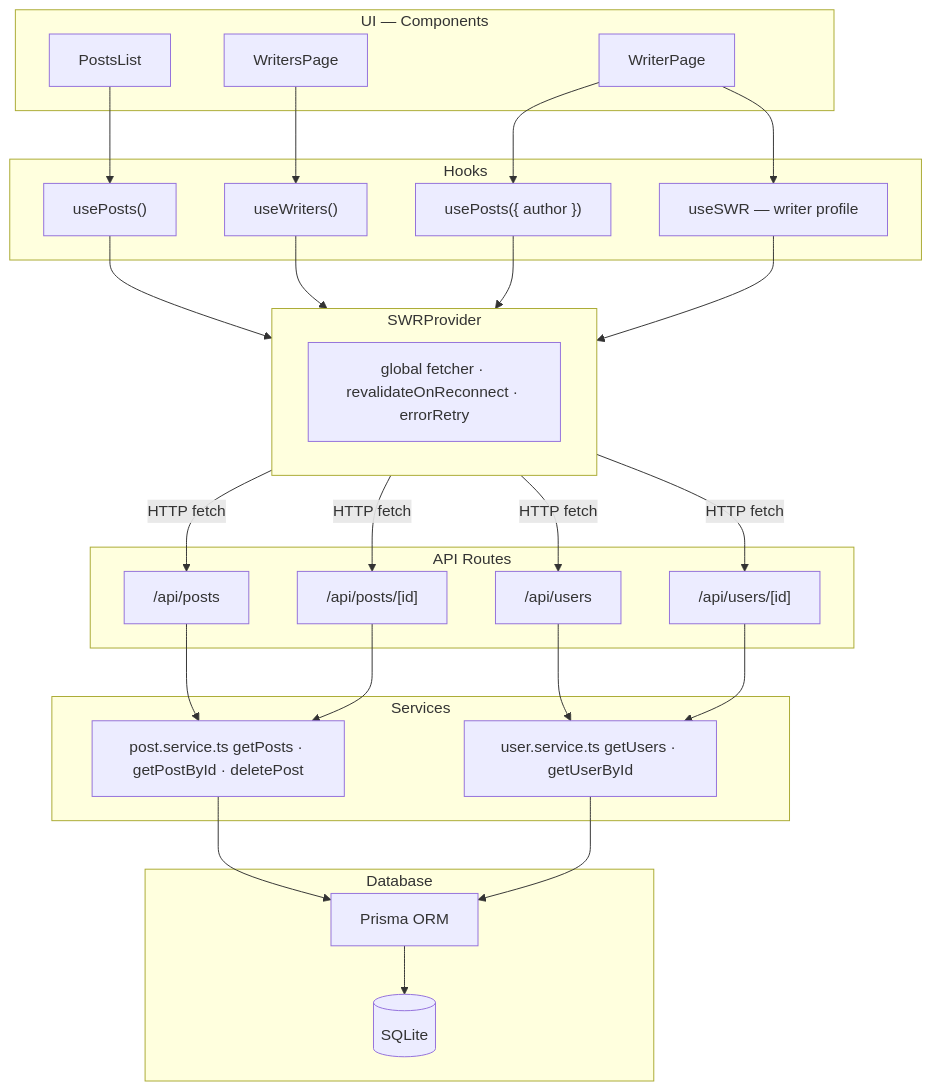
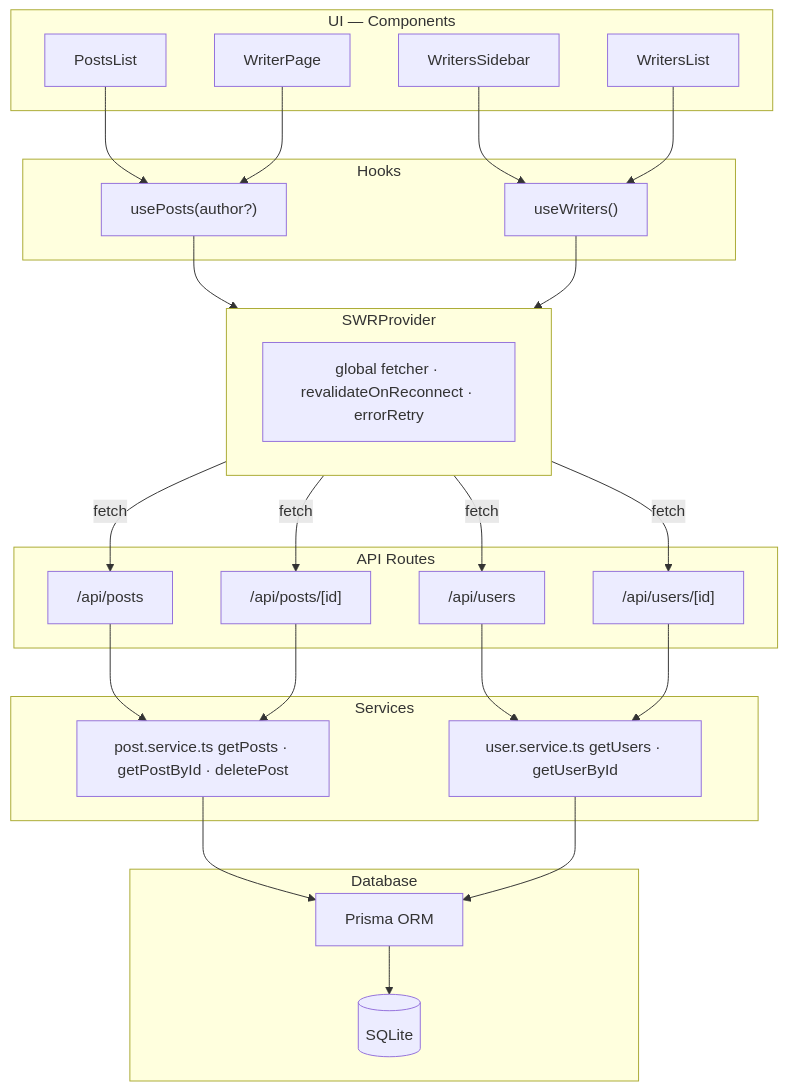
Before and after one commit to marianamolinadev/Streapost: the diagram in README.md, drawn with Mermaid. The commit also changed 10 other files, not shown here.

````diff
--- a/README.md
+++ b/README.md
@@ -98,60 +98,57 @@
 ```mermaid
 flowchart TD
     subgraph UI["UI — Components"]
         PostsList["PostsList"]
-        WritersPage["WritersPage"]
+        WritersSidebar["WritersSidebar"]
+        WritersList["WritersList"]
         WriterPage["WriterPage"]
     end
 
     subgraph Hooks["Hooks"]
-        usePosts["usePosts()"]
+        usePosts["usePosts(author?)"]
         useWriters["useWriters()"]
-        usePostsFixed["usePosts({ author })"]
-        useSWRProfile["useSWR — writer profile"]
     end
 
     subgraph Provider["SWRProvider"]
         fetcher["global fetcher · revalidateOnReconnect · errorRetry"]
     end
 
     subgraph API["API Routes"]
         r1["/api/posts"]
         r2["/api/posts/[id]"]
         r3["/api/users"]
         r4["/api/users/[id]"]
     end
 
     subgraph Services["Services"]
         postSvc["post.service.ts getPosts · getPostById · deletePost"]
         userSvc["user.service.ts getUsers · getUserById"]
     end
 
     subgraph DB["Database"]
         Prisma["Prisma ORM"]
         SQLite[("SQLite")]
     end
 
     PostsList --> usePosts
-    WritersPage --> useWriters
-    WriterPage --> usePostsFixed
-    WriterPage --> useSWRProfile
+    WritersSidebar --> useWriters
+    WritersList --> useWriters
+    WriterPage --> usePosts
 
     usePosts --> Provider
     useWriters --> Provider
-    usePostsFixed --> Provider
-    useSWRProfile --> Provider
 
-    Provider -->|HTTP fetch| r1
-    Provider -->|HTTP fetch| r2
-    Provider -->|HTTP fetch| r3
-    Provider -->|HTTP fetch| r4
+    Provider -->|fetch| r1
+    Provider -->|fetch| r2
+    Provider -->|fetch| r3
+    Provider -->|fetch| r4
 
     r1 --> postSvc
     r2 --> postSvc
     r3 --> userSvc
     r4 --> userSvc
 
     postSvc --> Prisma
     userSvc --> Prisma
     Prisma --> SQLite
 ```
````
